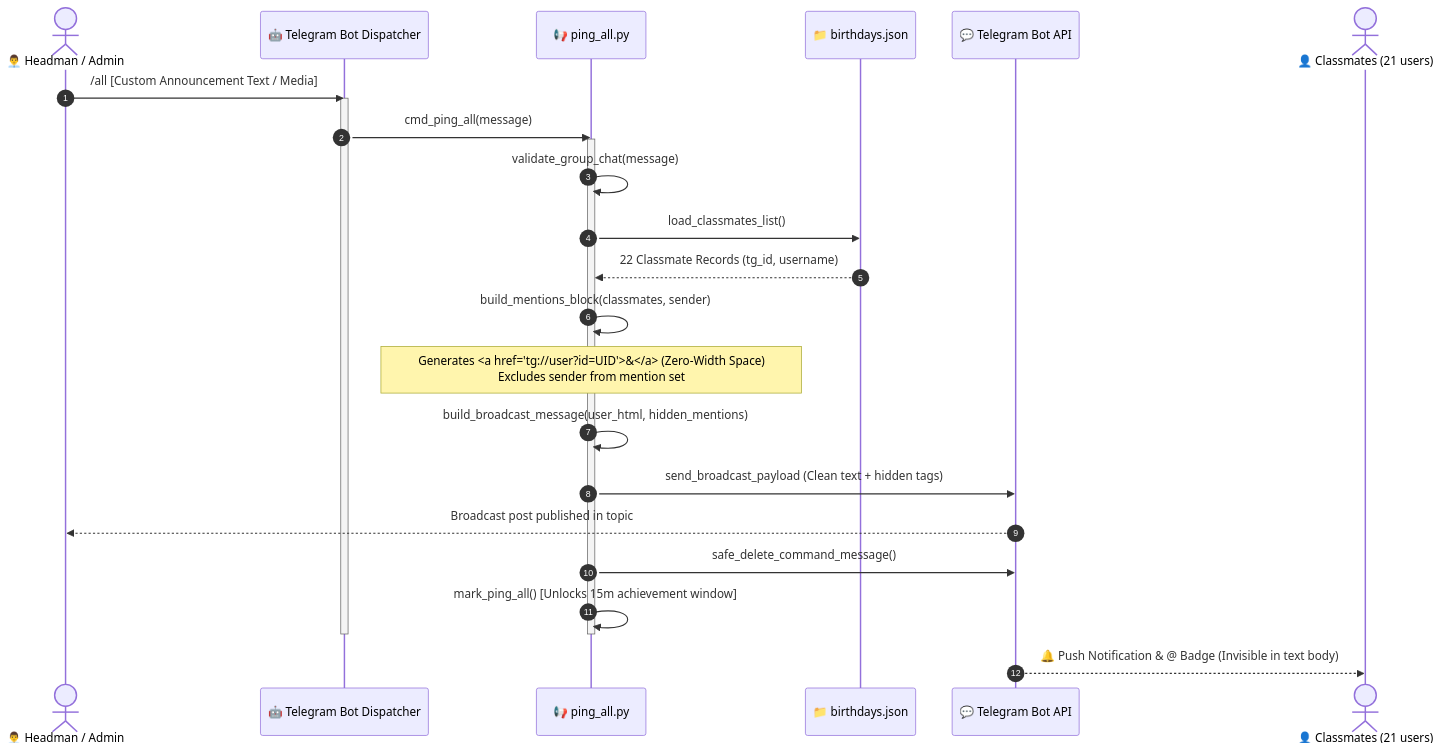
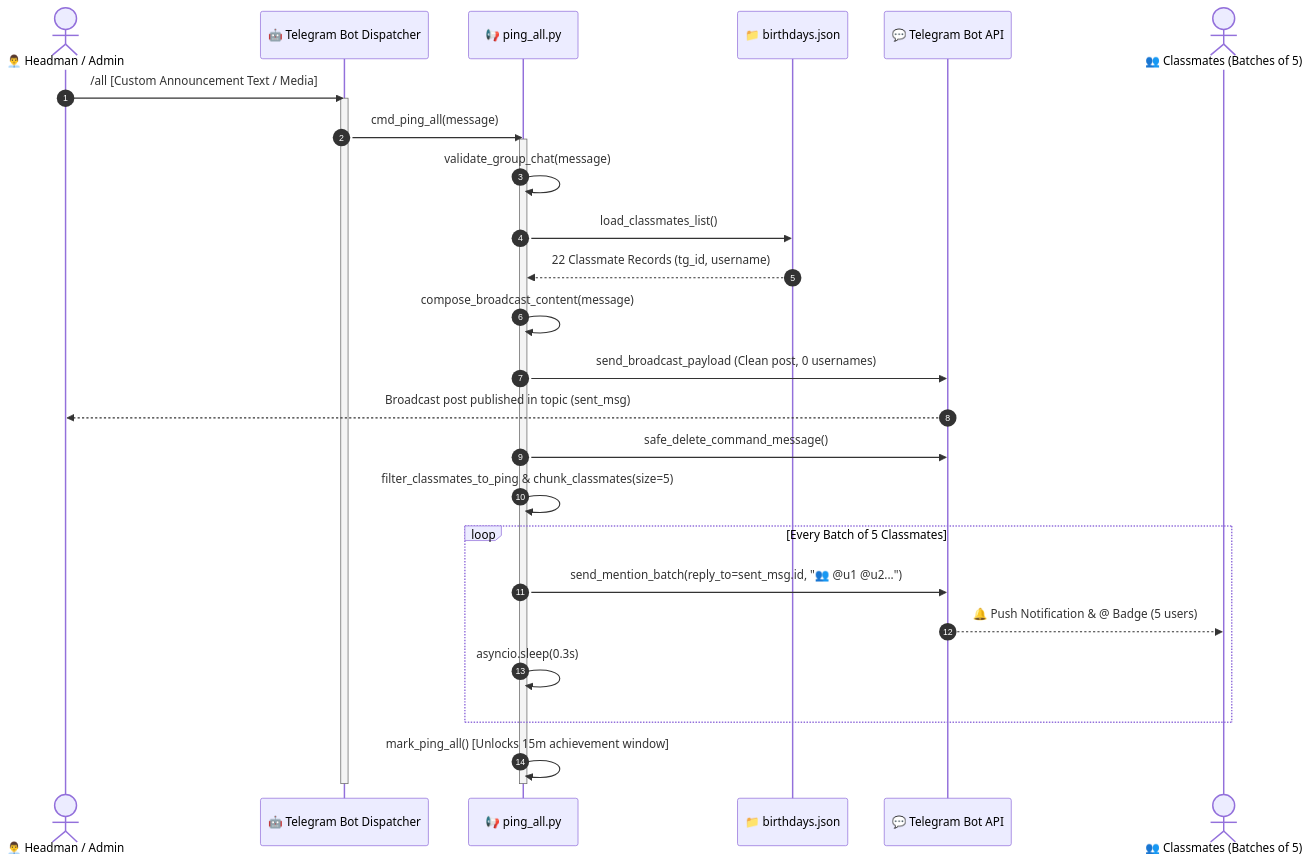
Before and after one commit to Utkautka1/para: diagram 25 of 57 in docs/UML.md, drawn with Mermaid. The commit also changed other lines of this file and 4 other files, not shown here.

Commit message:
fix(ping): implement batched mention replies for /all to ensure 100% push delivery

````diff
--- a/docs/UML.md
+++ b/docs/UML.md
@@ -1889,29 +1889,31 @@
 ```mermaid
 sequenceDiagram
     autonumber
     actor Admin as 👨‍💼 Headman / Admin
     participant Bot as 🤖 Telegram Bot Dispatcher
     participant Handler as 📢 ping_all.py
     participant Storage as 📁 birthdays.json
     participant TG as 💬 Telegram Bot API
-    actor Student as 👤 Classmates (21 users)
+    actor Students as 👥 Classmates (Batches of 5)
 
     Admin->>Bot: /all [Custom Announcement Text / Media]
     activate Bot
     Bot->>Handler: cmd_ping_all(message)
     activate Handler
     Handler->>Handler: validate_group_chat(message)
     Handler->>Storage: load_classmates_list()
     Storage-->>Handler: 22 Classmate Records (tg_id, username)
-    Handler->>Handler: build_mentions_block(classmates, sender)
-    Note over Handler: Generates <a href="tg://user?id=UID">&#8203;</a> (Zero-Width Space)<br/>Excludes sender from mention set
-    Handler->>Handler: build_broadcast_message(user_html, hidden_mentions)
-    Handler->>TG: send_broadcast_payload (Clean text + hidden tags)
-    TG-->>Admin: Broadcast post published in topic
+    Handler->>Handler: compose_broadcast_content(message)
+    Handler->>TG: send_broadcast_payload (Clean post, 0 usernames)
+    TG-->>Admin: Broadcast post published in topic (sent_msg)
     Handler->>TG: safe_delete_command_message()
+    Handler->>Handler: filter_classmates_to_ping & chunk_classmates(size=5)
+    loop Every Batch of 5 Classmates
+        Handler->>TG: send_mention_batch(reply_to=sent_msg.id, "👥 @u1 @u2...")
+        TG-->>Students: 🔔 Push Notification & @ Badge (5 users)
+        Handler->>Handler: asyncio.sleep(0.3s)
+    end
     Handler->>Handler: mark_ping_all() [Unlocks 15m achievement window]
     deactivate Handler
     deactivate Bot
-
-    TG-->>Student: 🔔 Push Notification & @ Badge (Invisible in text body)
 ```
````
